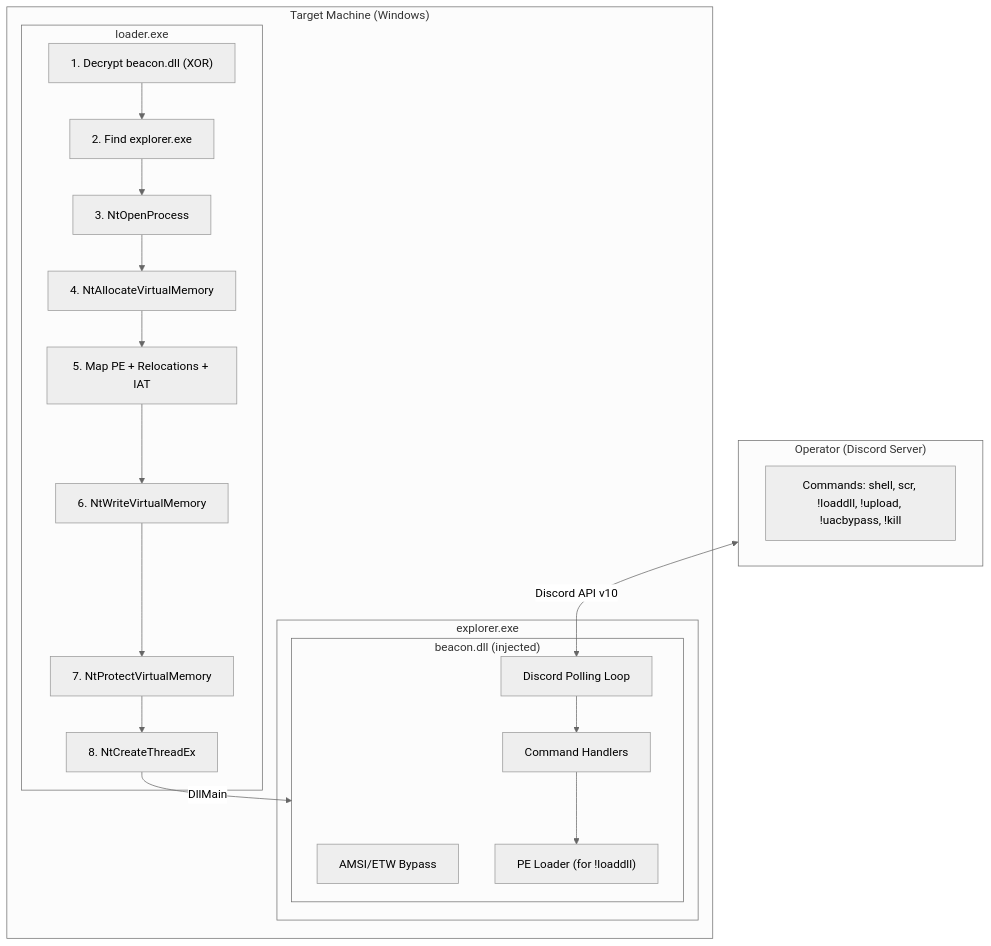
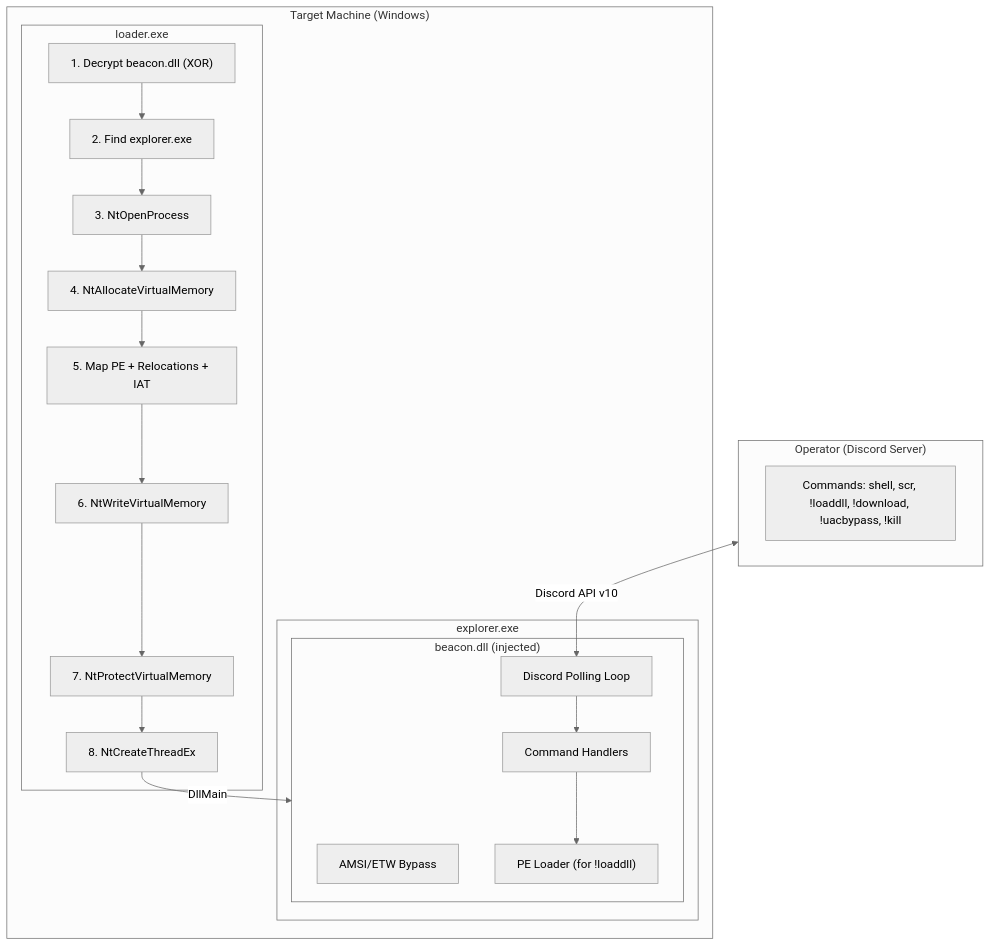
Before and after one commit to Glutenfree69/FrameworkC2: the first of 9 diagrams in README.md, drawn with Mermaid (neutral theme). The commit also changed other lines of this file and 6 other files, not shown here.

Commit message:
:truck: download a la place de upload uwu :truck:

````diff
--- a/README.md
+++ b/README.md
@@ -19,36 +19,36 @@
 ```mermaid
 flowchart TB
     subgraph Operator["Operator (Discord Server)"]
-        Commands["Commands: shell, scr, !loaddll, !upload, !uacbypass, !kill"]
+        Commands["Commands: shell, scr, !loaddll, !download, !uacbypass, !kill"]
     end
 
     subgraph Target["Target Machine (Windows)"]
         subgraph LoaderExe["loader.exe"]
             Decrypt["1. Decrypt beacon.dll (XOR)"]
             FindProc["2. Find explorer.exe"]
             OpenProc["3. NtOpenProcess"]
             AllocMem["4. NtAllocateVirtualMemory"]
             MapPE["5. Map PE + Relocations + IAT"]
             WriteMem["6. NtWriteVirtualMemory"]
             Protect["7. NtProtectVirtualMemory"]
             CreateThread["8. NtCreateThreadEx"]
         end
 
         subgraph Explorer["explorer.exe"]
             subgraph BeaconDll["beacon.dll (injected)"]
                 Bypass["AMSI/ETW Bypass"]
                 DiscordLoop["Discord Polling Loop"]
                 PELoader["PE Loader (for !loaddll)"]
                 CmdHandlers["Command Handlers"]
             end
         end
     end
 
     Operator <-->|"Discord API v10"| DiscordLoop
 
     Decrypt --> FindProc --> OpenProc --> AllocMem --> MapPE --> WriteMem --> Protect --> CreateThread
     CreateThread -->|"DllMain"| BeaconDll
 
     DiscordLoop --> CmdHandlers
     CmdHandlers --> PELoader
 ```
````
